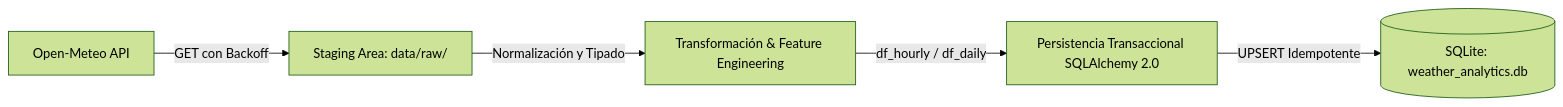
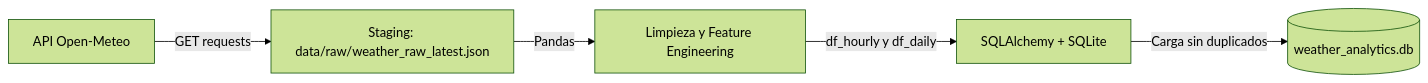
Before and after one commit to paulo78marti-droid/Pre-entrega-8--Persistencia-y-la-integraci-n-de-scripts-ETL: the diagram in README.md, drawn with Mermaid (forest theme). The commit also changed other lines of this file and 9 other files, not shown here.

Commit message:
feat: implement ETL pipeline with SQLAlchemy persistence and data staging

````diff
--- a/README.md
+++ b/README.md
@@ -50,7 +61,7 @@
 ```mermaid
 flowchart LR
-    A[Open-Meteo API] -->|GET con Backoff| B[Staging Area: data/raw/]
-    B -->|Normalización y Tipado| C[Transformación & Feature Engineering]
-    C -->|df_hourly / df_daily| D[Persistencia Transaccional SQLAlchemy 2.0]
-    D -->|UPSERT Idempotente| E[(SQLite: weather_analytics.db)]
+    A[API Open-Meteo] -->|GET requests| B[Staging: data/raw/weather_raw_latest.json]
+    B -->|Pandas| C[Limpieza y Feature Engineering]
+    C -->|df_hourly y df_daily| D[SQLAlchemy + SQLite]
+    D -->|Carga sin duplicados| E[(weather_analytics.db)]
 ```
````
